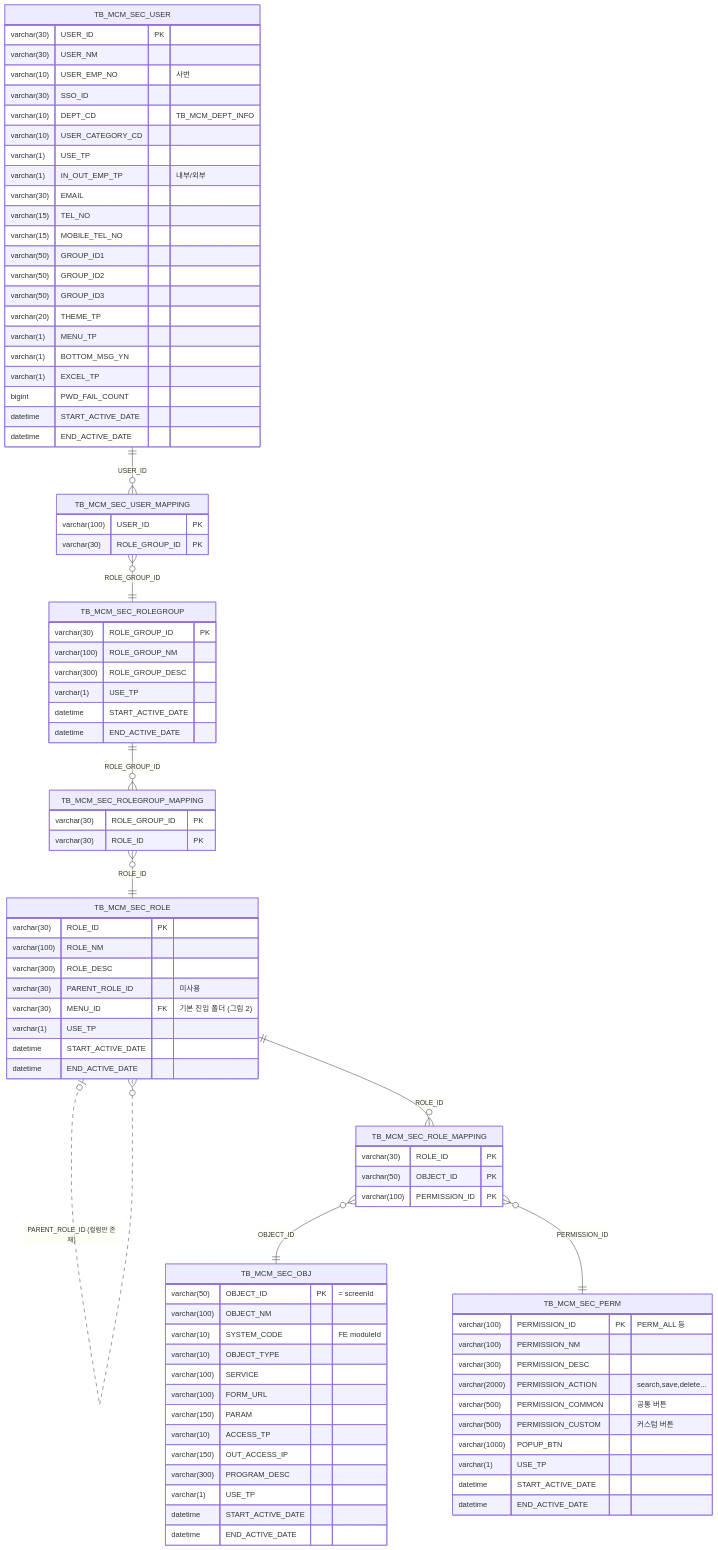
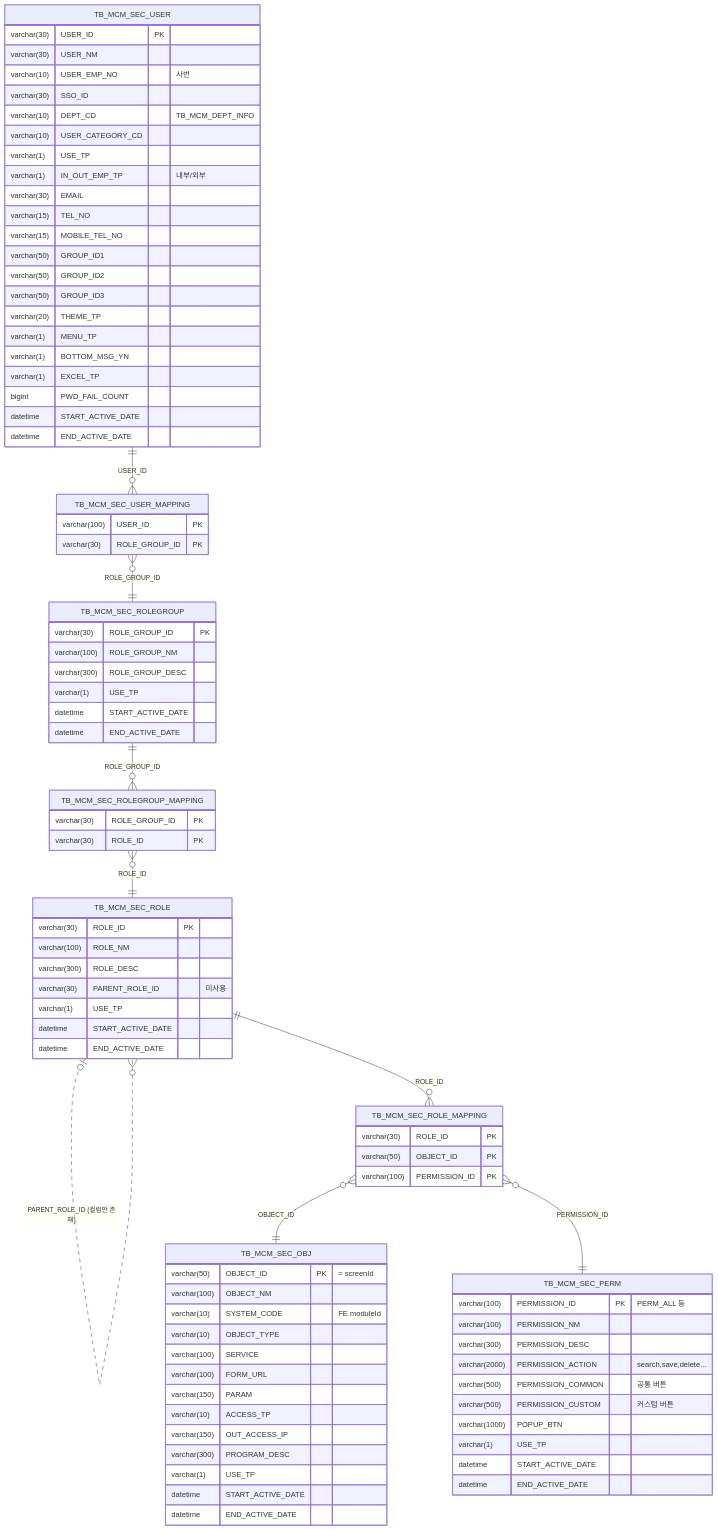
Before and after one commit to jongik-sv/dmes-standard: the first of 5 diagrams in docs/mcm/erd/csa-sec-erd.md, drawn with Mermaid. The commit also changed other lines of this file and 6 other files, not shown here.

First line of the commit message:
docs(mcm): 남은 역할 MENU_ID 서술을 정리하고 MDM ERD 힌트를 다시 만든다

```diff
--- a/docs/mcm/erd/csa-sec-erd.md
+++ b/docs/mcm/erd/csa-sec-erd.md
@@ -84,7 +84,6 @@
         varchar(100) ROLE_NM
         varchar(300) ROLE_DESC
         varchar(30)  PARENT_ROLE_ID "미사용"
-        varchar(30)  MENU_ID FK "기본 진입 폴더 (그림 2)"
         varchar(1)   USE_TP
         datetime     START_ACTIVE_DATE
         datetime     END_ACTIVE_DATE
```
